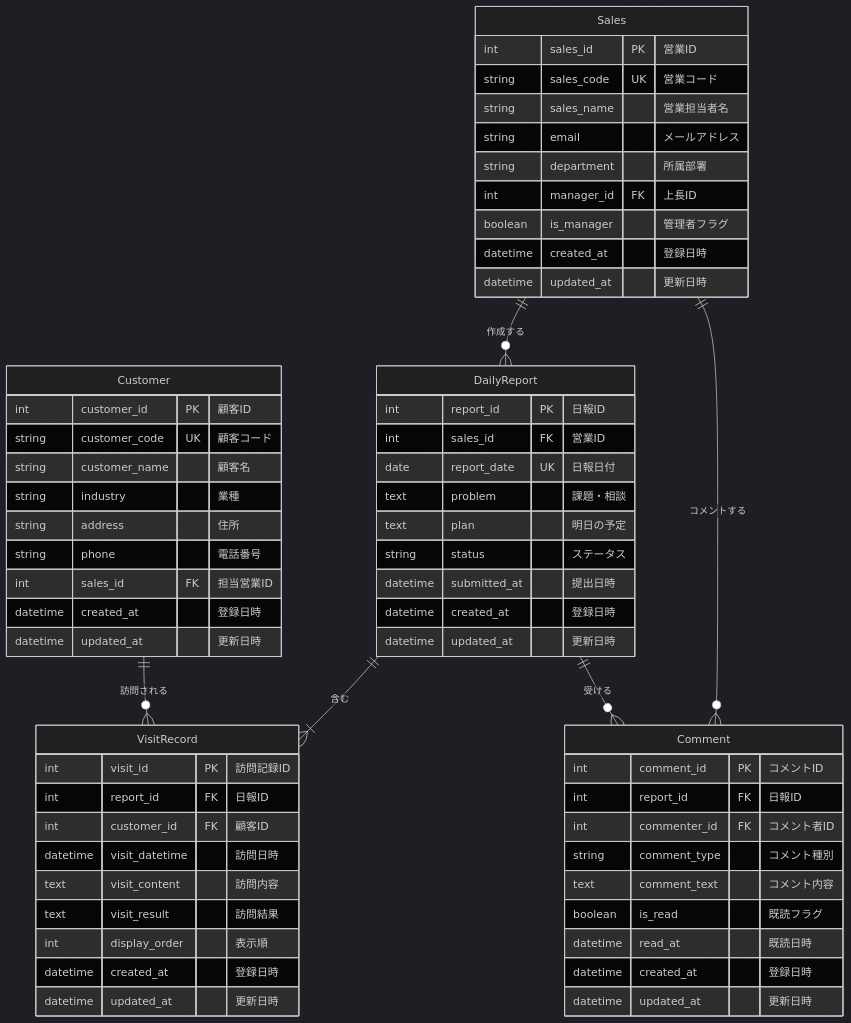
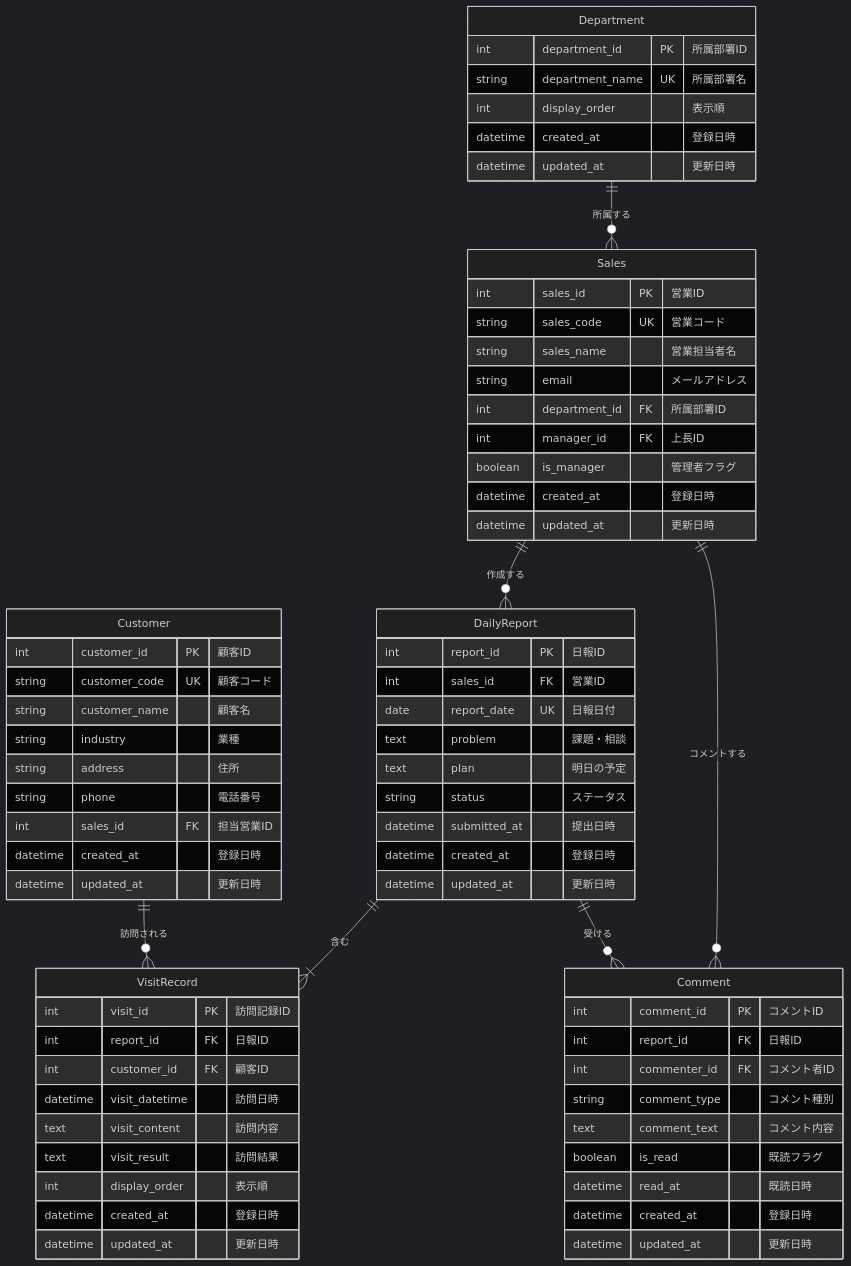
The diagram in requirements_definition.md (kouhei-dev/sales_daily_report), drawn with Mermaid (dark theme) before and after one commit. The commit also changed other lines of this file and 1 other file, not shown here.

Commit message:
docs: Departmentsテーブル追加に伴いドキュメントを更新
Issue #41 で追加した所属部署マスタ（Department）テーブルに関する
記載を各種ドキュメントに追加しました。

## requirements_definition.md の更新内容
- マスタ管理機能に「所属部署マスタ」を追加
- 主要エンティティに「Department（所属部署マスタ）」を追加
- ER図にDepartmentエンティティを追加
- Salesエンティティのdepartmentフィールドをdepartment_id（FK）に変更
- リレーションシップにDepartment-Sales関係を追加

## claude/architecture.md の更新内容
- システム構成図に「所属部署マスタ」を追加
- 主要エンティティに「Department（所属部署マスタ）」を追加
- リレーションシップにDepartment-Sales関係を追加
- Prismaスキーマ例を現在の実装（departmentId + Departmentリレーション）に更新
- エンドポイント一覧に GET /api/departments を追加
- 認可制御テーブルに所属部署マスタのアクセス権限を追加

````diff
--- a/requirements_definition.md
+++ b/requirements_definition.md
@@ -52,68 +54,77 @@
 ```mermaid
 erDiagram
+    Department ||--o{ Sales : "所属する"
     Sales ||--o{ DailyReport : "作成する"
     Sales ||--o{ Comment : "コメントする"
     DailyReport ||--|{ VisitRecord : "含む"
     DailyReport ||--o{ Comment : "受ける"
     Customer ||--o{ VisitRecord : "訪問される"
 
+    Department {
+        int department_id PK "所属部署ID"
+        string department_name UK "所属部署名"
+        int display_order "表示順"
+        datetime created_at "登録日時"
+        datetime updated_at "更新日時"
+    }
+
     Sales {
         int sales_id PK "営業ID"
         string sales_code UK "営業コード"
         string sales_name "営業担当者名"
         string email "メールアドレス"
-        string department "所属部署"
+        int department_id FK "所属部署ID"
         int manager_id FK "上長ID"
         boolean is_manager "管理者フラグ"
         datetime created_at "登録日時"
         datetime updated_at "更新日時"
     }
 
     Customer {
         int customer_id PK "顧客ID"
         string customer_code UK "顧客コード"
         string customer_name "顧客名"
         string industry "業種"
         string address "住所"
         string phone "電話番号"
         int sales_id FK "担当営業ID"
         datetime created_at "登録日時"
         datetime updated_at "更新日時"
     }
 
     DailyReport {
         int report_id PK "日報ID"
         int sales_id FK "営業ID"
         date report_date UK "日報日付"
         text problem "課題・相談"
         text plan "明日の予定"
         string status "ステータス"
         datetime submitted_at "提出日時"
         datetime created_at "登録日時"
         datetime updated_at "更新日時"
     }
 
     VisitRecord {
         int visit_id PK "訪問記録ID"
         int report_id FK "日報ID"
         int customer_id FK "顧客ID"
         datetime visit_datetime "訪問日時"
         text visit_content "訪問内容"
         text visit_result "訪問結果"
         int display_order "表示順"
         datetime created_at "登録日時"
         datetime updated_at "更新日時"
     }
 
     Comment {
         int comment_id PK "コメントID"
         int report_id FK "日報ID"
         int commenter_id FK "コメント者ID"
         string comment_type "コメント種別"
         text comment_text "コメント内容"
         boolean is_read "既読フラグ"
         datetime read_at "既読日時"
         datetime created_at "登録日時"
         datetime updated_at "更新日時"
     }
 ```
````
